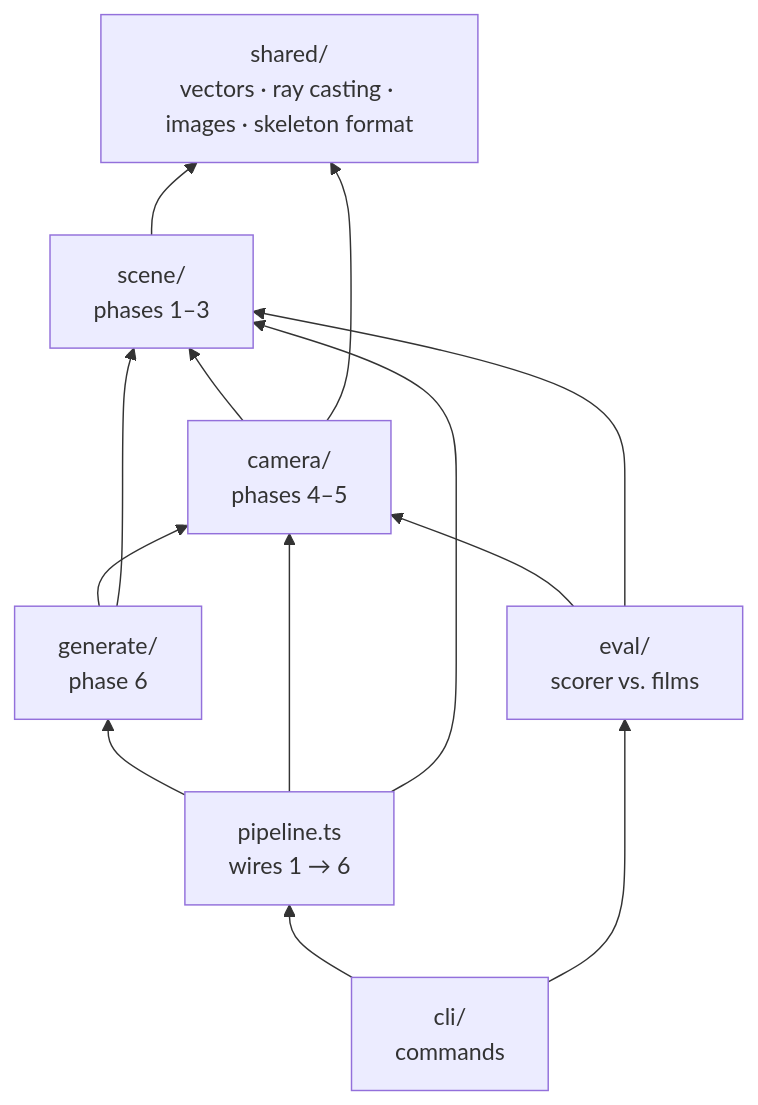
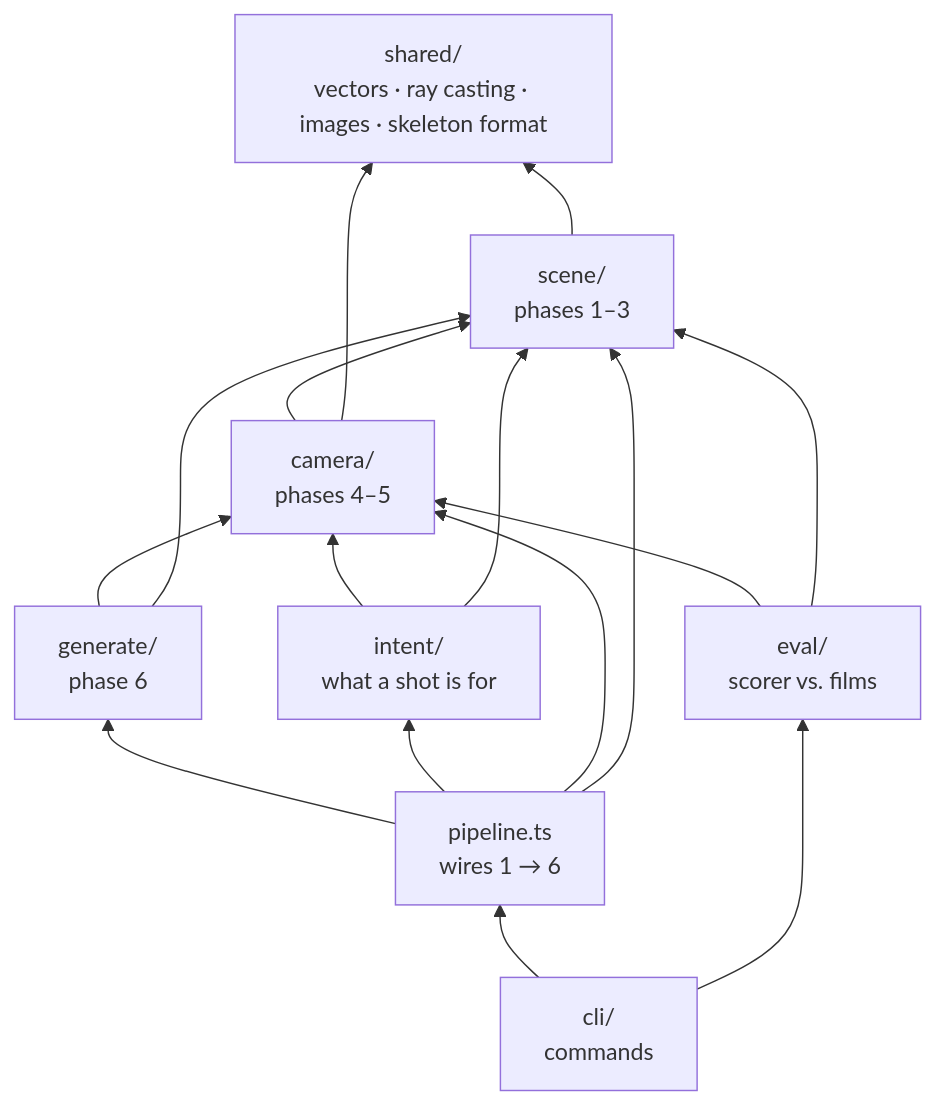
One commit to TaihouKai/FrameSeeker changed the second of 2 diagrams in README.md. Above: the diagram before and after it, drawn with Mermaid. The commit also changed other lines of this file and 21 other files, not shown here.

````diff
--- a/README.md
+++ b/README.md
@@ -151,22 +190,26 @@
 ```mermaid
 flowchart BT
   shared["shared/<br/>vectors · ray casting · images · skeleton format"]
   scene["scene/<br/>phases 1–3"]
   camera["camera/<br/>phases 4–5"]
+  intent["intent/<br/>what a shot is for"]
   generate["generate/<br/>phase 6"]
   evalm["eval/<br/>scorer vs. films"]
   pipeline["pipeline.ts<br/>wires 1 → 6"]
   cli["cli/<br/>commands"]
   scene --> shared
   camera --> scene
   camera --> shared
+  intent --> camera
+  intent --> scene
   generate --> camera
   generate --> scene
   evalm --> camera
   evalm --> scene
   pipeline --> generate
+  pipeline --> intent
   pipeline --> camera
   pipeline --> scene
   cli --> pipeline
   cli --> evalm
 ```
````
